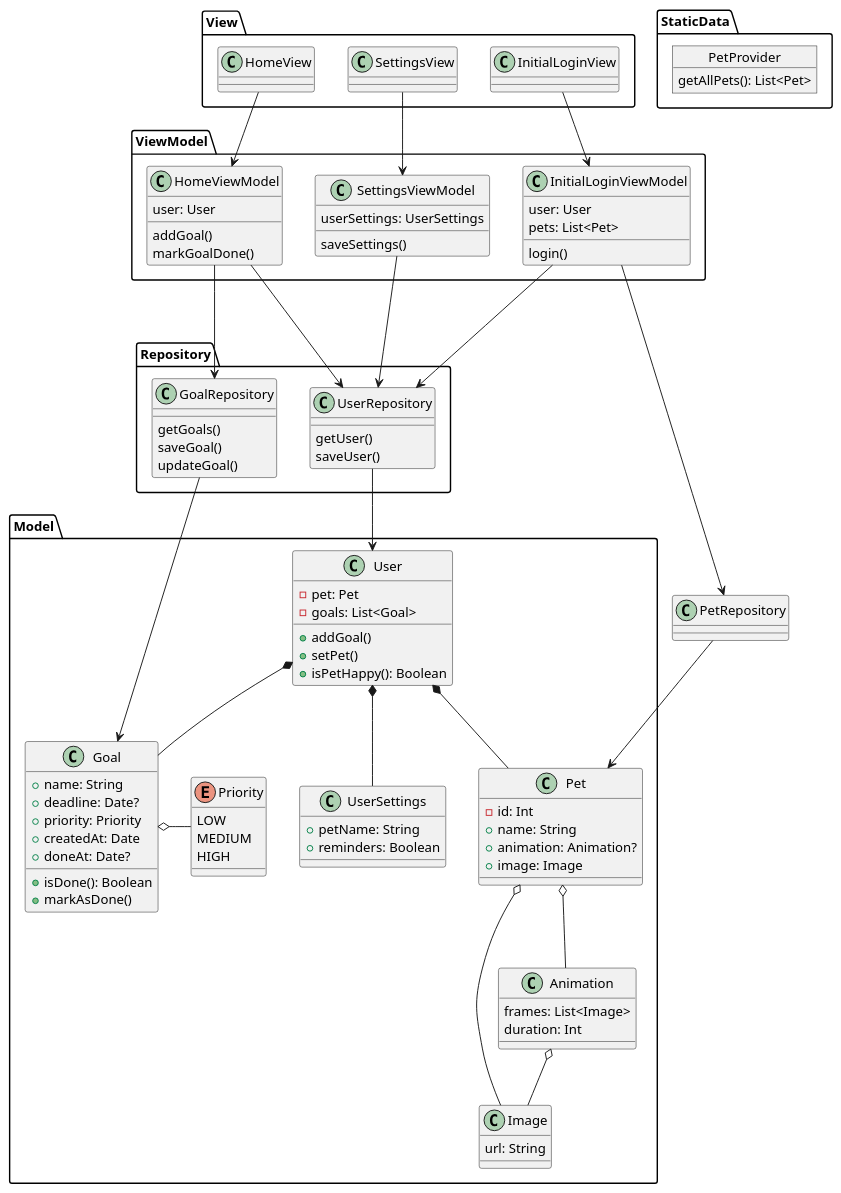
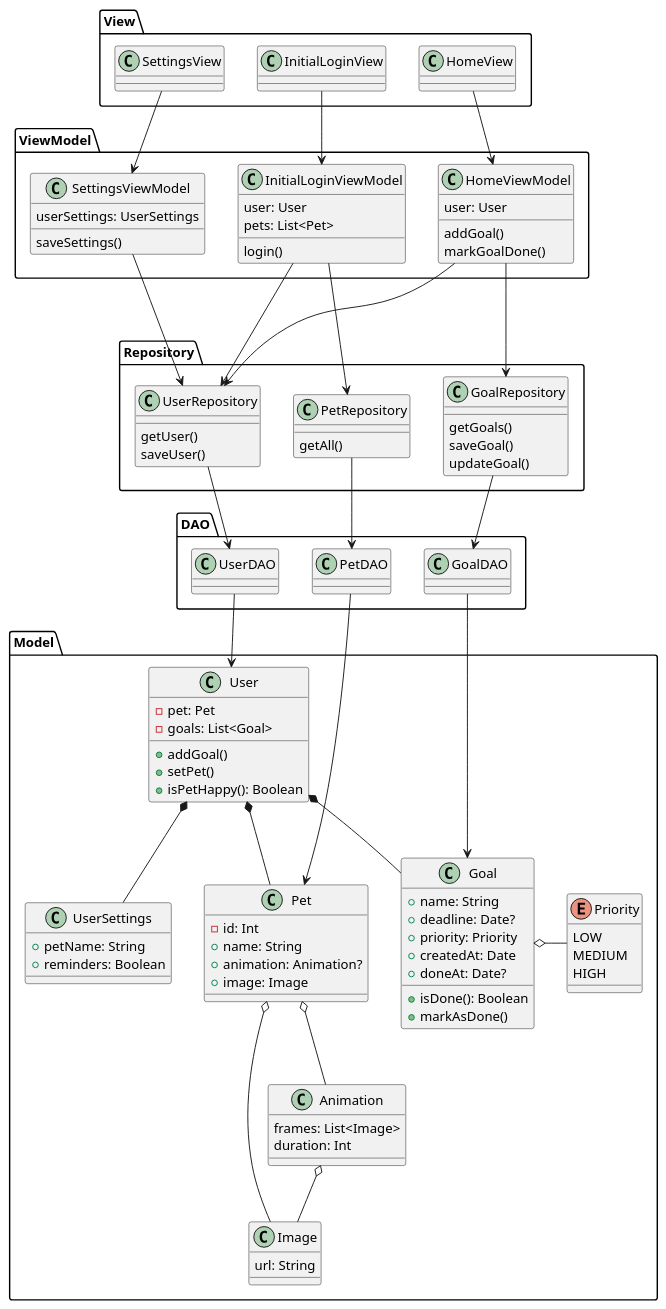
The diagram in docs/class_diagram.puml (HabitHatch/HabitHatchApp), drawn with PlantUML before and after one commit. The commit also changed 24 other files, not shown here.

Commit message:
Added Goal Entity, Dao, Repo

```diff
--- a/docs/class_diagram.puml
+++ b/docs/class_diagram.puml
@@ -1,120 +1,128 @@
 @startuml
 
 
 package Model{
 
     class Image{
         url: String
     }
 
     class Animation{
         frames: List<Image>
         duration: Int
     }
     class User {
         - pet: Pet
         - goals: List<Goal>
         + addGoal()
         + setPet()
         + isPetHappy(): Boolean
     }
     class UserSettings{
         + petName: String
         + reminders: Boolean
     }
 
     class Pet {
         - id: Int
         + name: String
         + animation: Animation?
         + image: Image
     }
     enum Priority {
         LOW
         MEDIUM
         HIGH
     }
 
     class Goal {
         + name: String
         + deadline: Date?
         + priority: Priority
         + createdAt: Date
         + doneAt: Date?
         + isDone(): Boolean
         + markAsDone()
     }
     Goal o- Priority
     User *-- Pet
     User *-- Goal
     User *-- UserSettings
     Pet o-- Image
     Pet o-- Animation
     Animation o-- Image
 
 }
 
 package View{
     class InitialLoginView{
     }
 
     class HomeView {
     }
 
     class SettingsView{
     }
 }
 
 package ViewModel{
     class InitialLoginViewModel{
         login()
         user: User
         pets: List<Pet>
     }
     class HomeViewModel {
         addGoal()
         markGoalDone()
         user: User
     }
     class SettingsViewModel{
         userSettings: UserSettings
         saveSettings()
     }
 }
 
 package Repository{
     class UserRepository {
         getUser()
         saveUser()
     }
+    class PetRepository{
+        getAll()
+    }
 
     class GoalRepository {
         getGoals()
         saveGoal()
         updateGoal()
     }
 }
+package DAO{
+    class UserDAO
 
-package StaticData {
-    object PetProvider {
-        getAllPets(): List<Pet>
-    }
+    class PetDAO
+
+    class GoalDAO
 }
 
 InitialLoginView -down-> InitialLoginViewModel
 HomeView -down-> HomeViewModel
 SettingsView -down-> SettingsViewModel
 
 InitialLoginViewModel -down--> UserRepository
 InitialLoginViewModel -down--> PetRepository
 
 HomeViewModel -down> GoalRepository
 HomeViewModel -down> UserRepository
 
 SettingsViewModel -down-> UserRepository
 
 
-PetRepository --> Pet
-UserRepository --> User
-GoalRepository --> Goal
+PetRepository --down> PetDAO
+UserRepository --down> UserDAO
+GoalRepository --down> GoalDAO
+
+PetDAO -down-> Pet
+UserDAO -down-> User
+GoalDAO -down-> Goal
 @enduml
```
